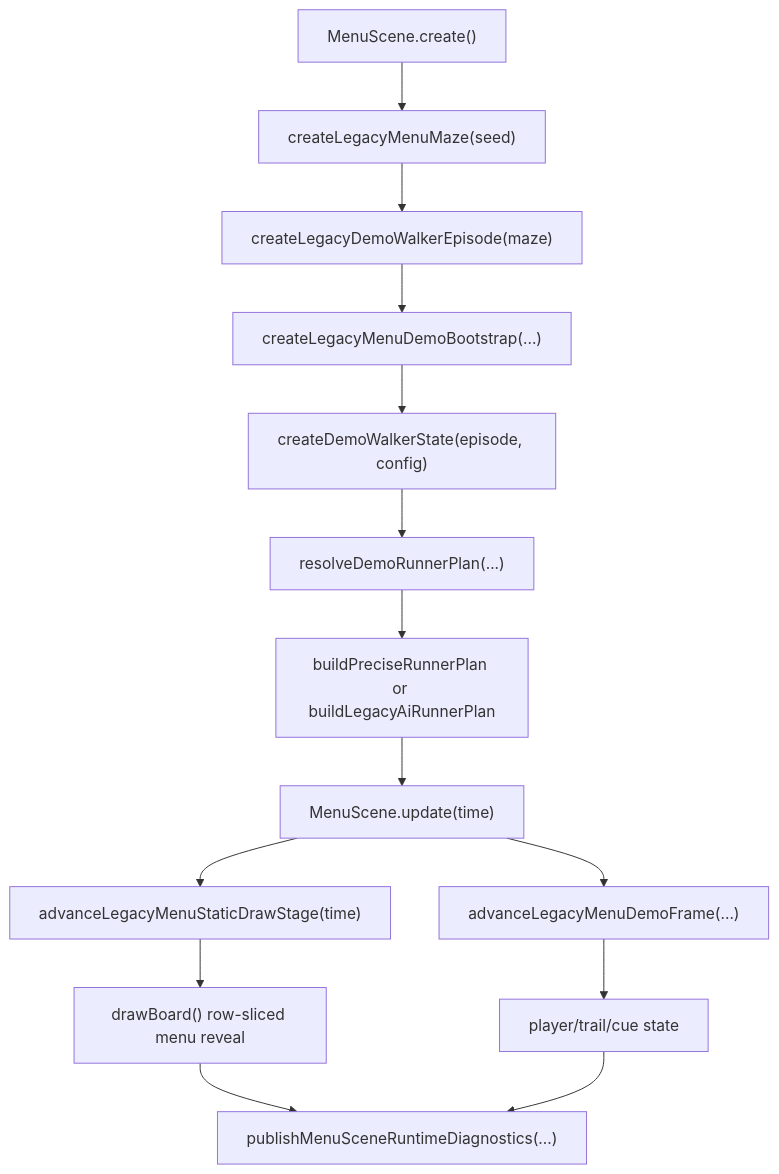
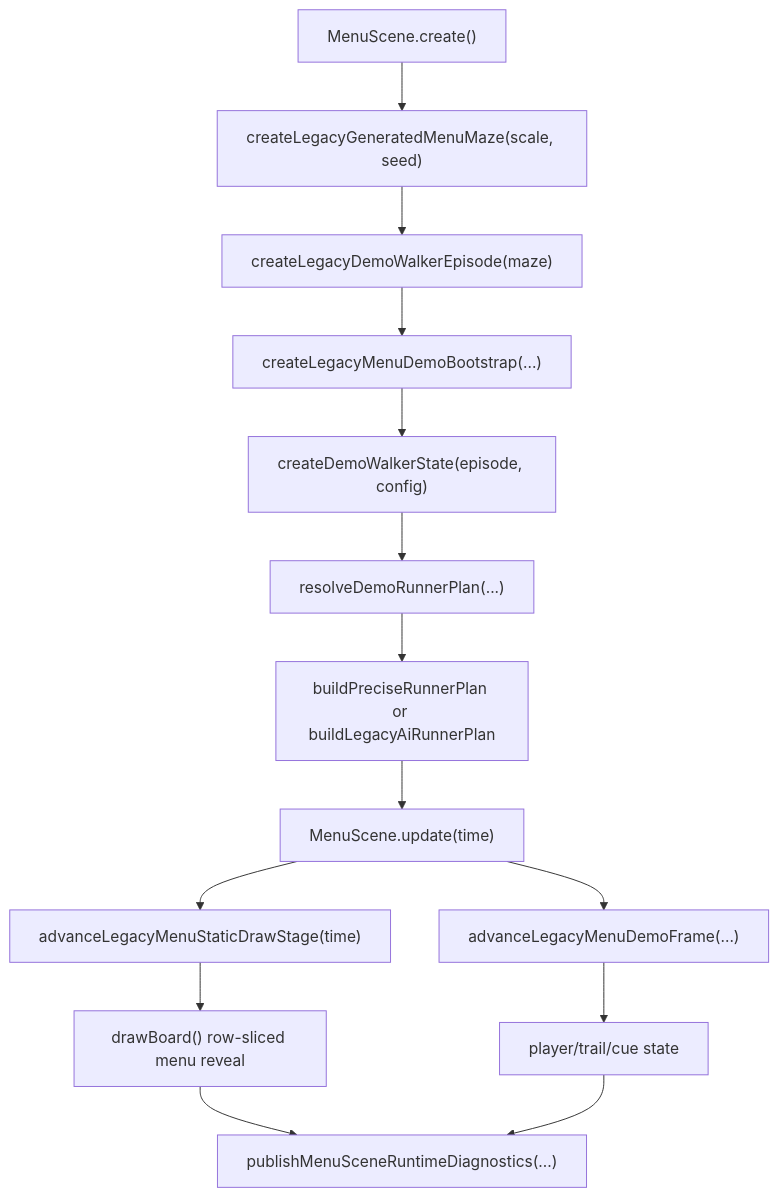
The diagram in docs/research/MAZER_MENU_GENERATION_AI_LOOP_MAP.md (fawxzzy/mazer), drawn with Mermaid before and after one commit. The commit also changed other lines of this file and 20 other files, not shown here.

````diff
--- a/docs/research/MAZER_MENU_GENERATION_AI_LOOP_MAP.md
+++ b/docs/research/MAZER_MENU_GENERATION_AI_LOOP_MAP.md
@@ -15,16 +15,16 @@
 ```mermaid
 flowchart TD
-  A["MenuScene.create()"] --> B["createLegacyMenuMaze(seed)"]
+  A["MenuScene.create()"] --> B["createLegacyGeneratedMenuMaze(scale, seed)"]
   B --> C["createLegacyDemoWalkerEpisode(maze)"]
   C --> D["createLegacyMenuDemoBootstrap(...)"]
   D --> E["createDemoWalkerState(episode, config)"]
   E --> F["resolveDemoRunnerPlan(...)"]
   F --> G["buildPreciseRunnerPlan or buildLegacyAiRunnerPlan"]
   G --> H["MenuScene.update(time)"]
   H --> I["advanceLegacyMenuStaticDrawStage(time)"]
   H --> J["advanceLegacyMenuDemoFrame(...)"]
   I --> K["drawBoard() row-sliced menu reveal"]
   J --> L["player/trail/cue state"]
   K --> M["publishMenuSceneRuntimeDiagnostics(...)"]
   L --> M
 ```
````
